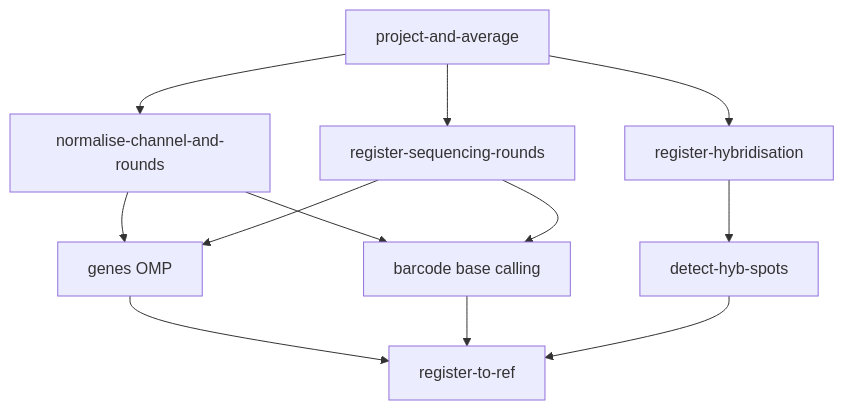
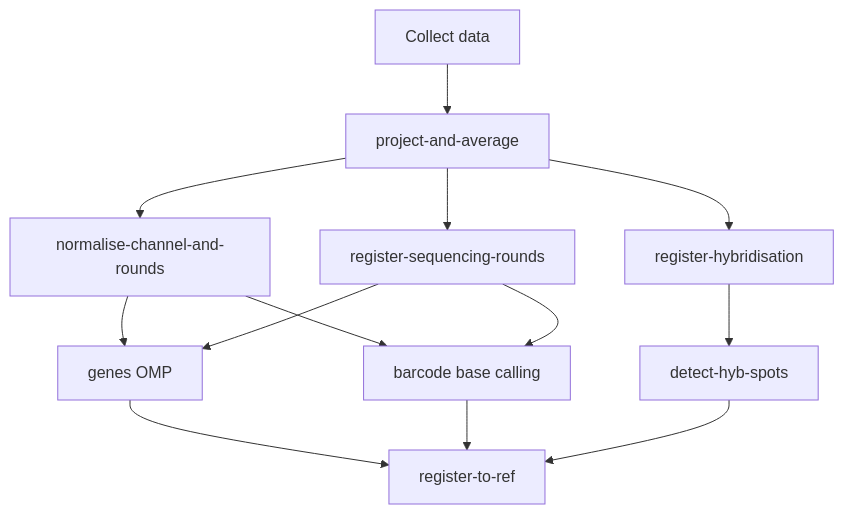
One commit to znamlab/iss-preprocess changed the diagram in README.md. Above: the diagram before and after it, drawn with Mermaid. The commit also changed other lines of this file and 4 other files, not shown here.

Commit message:
[doc] add flowcharts

````diff
--- a/README.md
+++ b/README.md
@@ -25,14 +25,15 @@
 ```mermaid
 graph TD;
+    start[Collect data] --> A[project-and-average];
     A[project-and-average] --> B[register-sequencing-rounds];
     A --> C[normalise-channel-and-rounds];
     A --> D[register-hybridisation];
     D --> E[detect-hyb-spots];
     C --> F[genes OMP];
     B --> F;
     C --> G[barcode base calling];
     B --> G;
     F --> H[register-to-ref];
     G --> H;
     E --> H;
 ```
````
